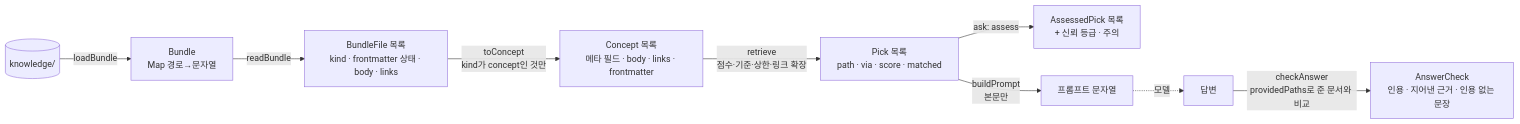
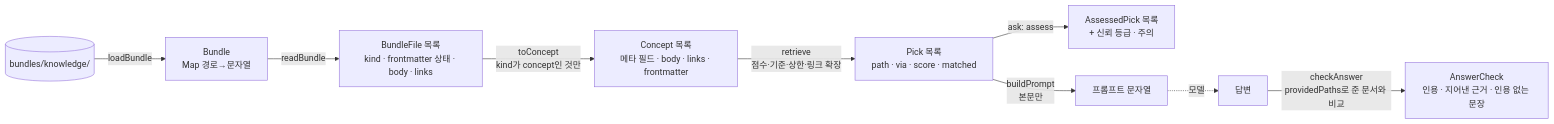
One commit to Junyong34/okf-playbook changed the second of 8 diagrams in docs/okf-modules.md. Above: the diagram before and after it, drawn with Mermaid. The commit also changed other lines of this file and 313 other files, not shown here.

````diff
--- a/docs/okf-modules.md
+++ b/docs/okf-modules.md
@@ -78,11 +78,11 @@
 ```mermaid
 flowchart LR
-  dir[(knowledge/)] -->|loadBundle| B[Bundle<br/>Map 경로→문자열]
+  dir[(bundles/knowledge/)] -->|loadBundle| B[Bundle<br/>Map 경로→문자열]
   B -->|readBundle| F[BundleFile 목록<br/>kind · frontmatter 상태 · body · links]
   F -->|toConcept<br/>kind가 concept인 것만| C[Concept 목록<br/>메타 필드 · body · links · frontmatter]
   C -->|retrieve<br/>점수·기준·상한·링크 확장| P[Pick 목록<br/>path · via · score · matched]
   P -->|ask: assess| A[AssessedPick 목록<br/>+ 신뢰 등급 · 주의]
   P -->|buildPrompt<br/>본문만| Q[프롬프트 문자열]
   Q -.모델.-> R[답변]
   R -->|checkAnswer<br/>providedPaths로 준 문서와 비교| K[AnswerCheck<br/>인용 · 지어낸 근거 · 인용 없는 문장]
 ```
````
